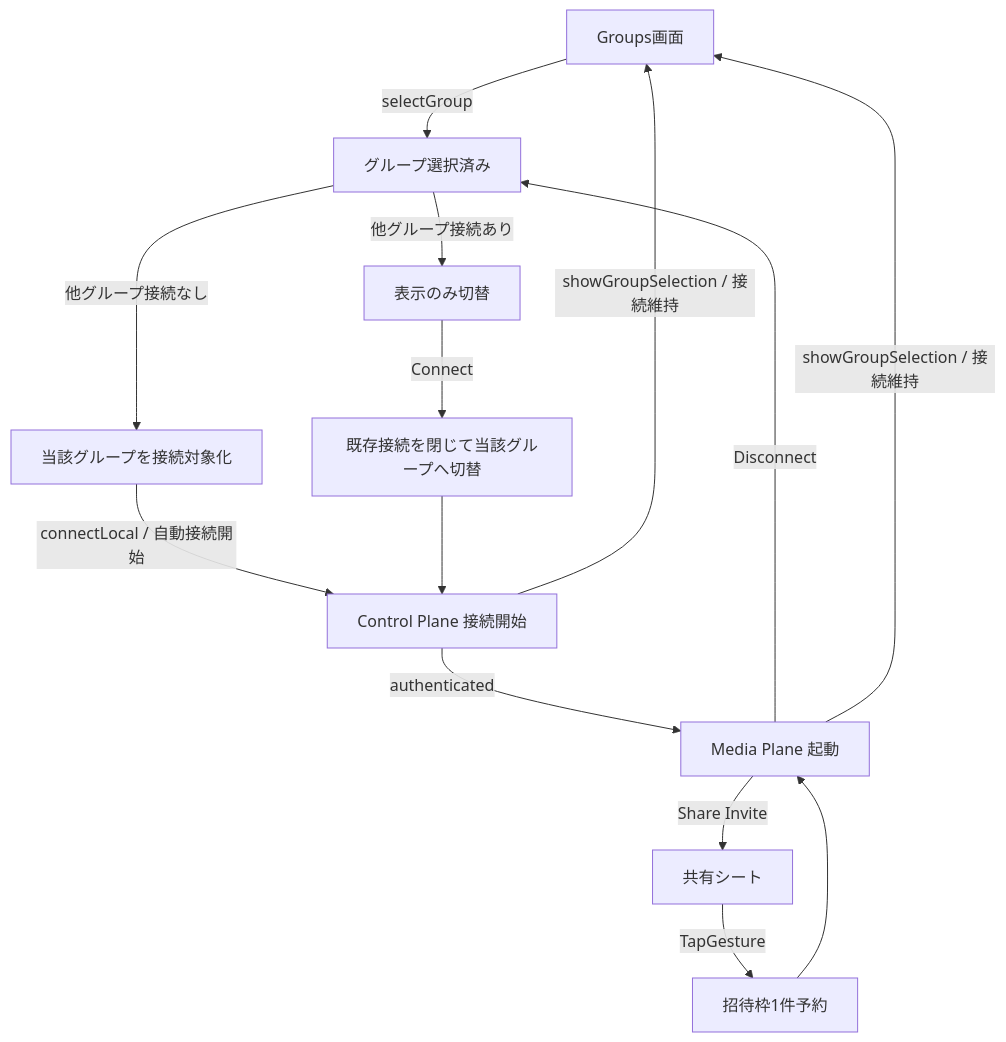
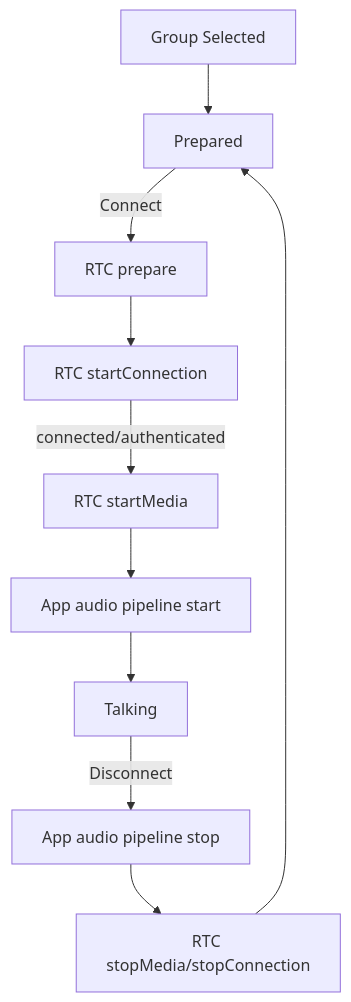
One commit to eroccowaruico/iOS-Intercom changed the second of 5 diagrams in docs/spec/App/UI/画面・状態遷移.md. Above: the diagram before and after it, drawn with Mermaid. The commit also changed other lines of this file and 49 other files, not shown here.

Commit message:
Align app audio settings with package contracts

````diff
--- a/docs/spec/App/UI/画面・状態遷移.md
+++ b/docs/spec/App/UI/画面・状態遷移.md
@@ -32,16 +29,12 @@
 ```mermaid
 flowchart TD
-    A[Groups画面] -->|selectGroup| B[グループ選択済み]
-    B -->|他グループ接続なし| C[当該グループを接続対象化]
-    C -->|connectLocal / 自動接続開始| D[Control Plane 接続開始]
-    B -->|他グループ接続あり| E[表示のみ切替]
-    E -->|Connect| F[既存接続を閉じて当該グループへ切替]
-    F --> D
-    D -->|authenticated| I[Media Plane 起動]
-    I -->|Disconnect| B
-    I -->|showGroupSelection / 接続維持| A
-    D -->|showGroupSelection / 接続維持| A
-    I -->|Share Invite| G[共有シート]
-    G -->|TapGesture| H[招待枠1件予約]
-    H --> I
+    A[Group Selected] --> B[Prepared]
+    B -->|Connect| C[RTC prepare]
+    C --> D[RTC startConnection]
+    D -->|connected/authenticated| E[RTC startMedia]
+    E --> F[App audio pipeline start]
+    F --> G[Talking]
+    G -->|Disconnect| H[App audio pipeline stop]
+    H --> I[RTC stopMedia/stopConnection]
+    I --> B
 ```
````
